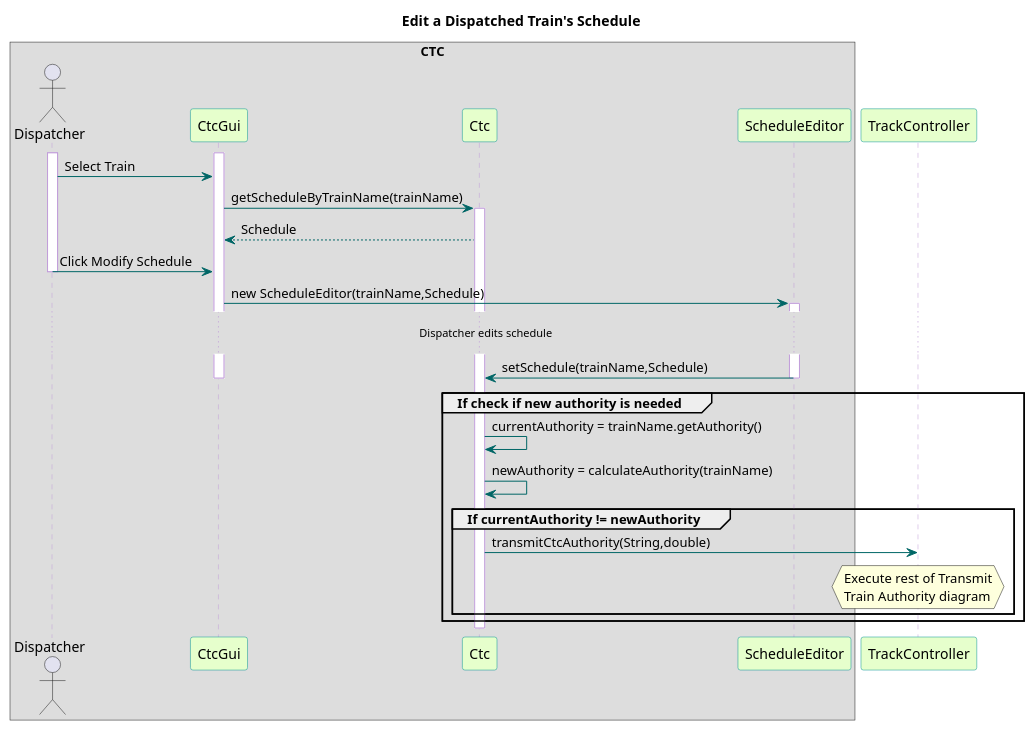
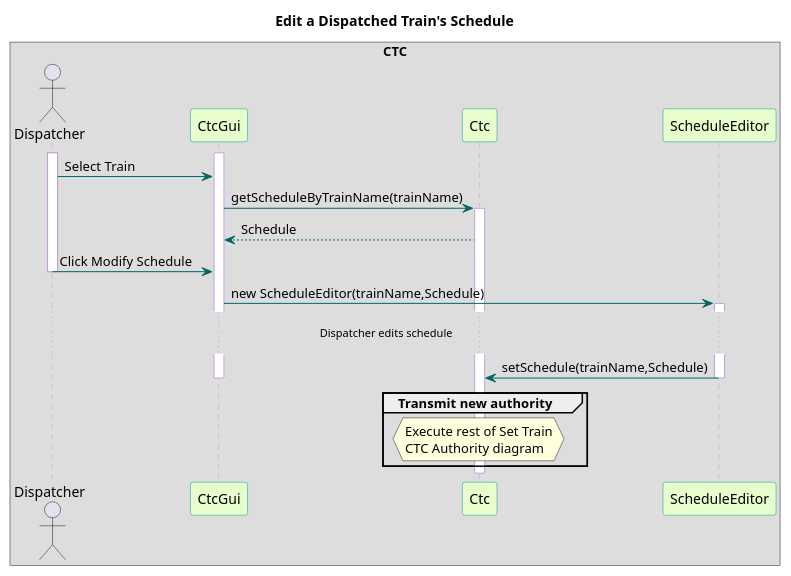
Before and after one commit to kevingilboy/COE1186: the diagram in TrainSystem/yUML/Sequence Diagrams/Ctc/CtcEditSchedule.pu, drawn with PlantUML. The commit also changed 3 other files, not shown here.

```diff
--- a/TrainSystem/yUML/Sequence Diagrams/Ctc/CtcEditSchedule.pu
+++ b/TrainSystem/yUML/Sequence Diagrams/Ctc/CtcEditSchedule.pu
@@ -1,45 +1,40 @@
 @startuml
 
 title Edit a Dispatched Train's Schedule
 
 skinparam sequence {
   BackgroundColor transparent
   ParticipantBackgroundColor #e6ffcc
   ParticipantBorderColor 	#049595
   PackageBorderCOlor  #049595
   ArrowColor #006666
   LifeLineBorderColor #c09cd9
 }
 
 box "CTC"
 actor Dispatcher
 participant CtcGui
 participant Ctc
 participant ScheduleEditor
 end box
-participant TrackController
 
 activate Dispatcher
 activate CtcGui
 Dispatcher -> CtcGui : Select Train
 CtcGui -> Ctc : getScheduleByTrainName(trainName)
 activate Ctc
 Ctc --> CtcGui : Schedule
 Dispatcher -> CtcGui : Click Modify Schedule
 deactivate Dispatcher
 CtcGui -> ScheduleEditor : new ScheduleEditor(trainName,Schedule)
 activate ScheduleEditor
 ...Dispatcher edits schedule...
 ScheduleEditor -> Ctc : setSchedule(trainName,Schedule)
 deactivate ScheduleEditor
 deactivate CtcGui
-group If check if new authority is needed
-Ctc -> Ctc : currentAuthority = trainName.getAuthority()
-Ctc -> Ctc : newAuthority = calculateAuthority(trainName)
-  group If currentAuthority != newAuthority
-  Ctc -> TrackController : transmitCtcAuthority(String,double)
-  hnote over TrackController: Execute rest of Transmit\nTrain Authority diagram
-  end
+group Transmit new authority
+'Ctc -> TrackController : transmitCtcAuthority(String,double)
+hnote over Ctc: Execute rest of Set Train\nCTC Authority diagram
 end
 deactivate Ctc
 @enduml
```
